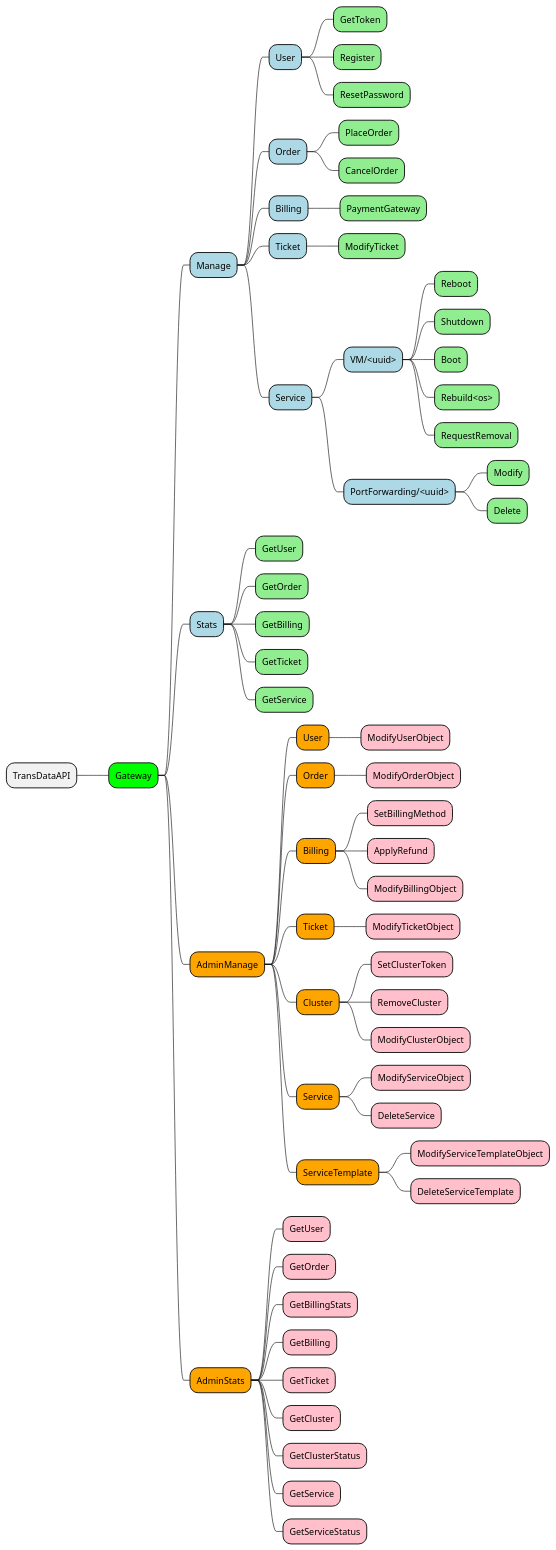
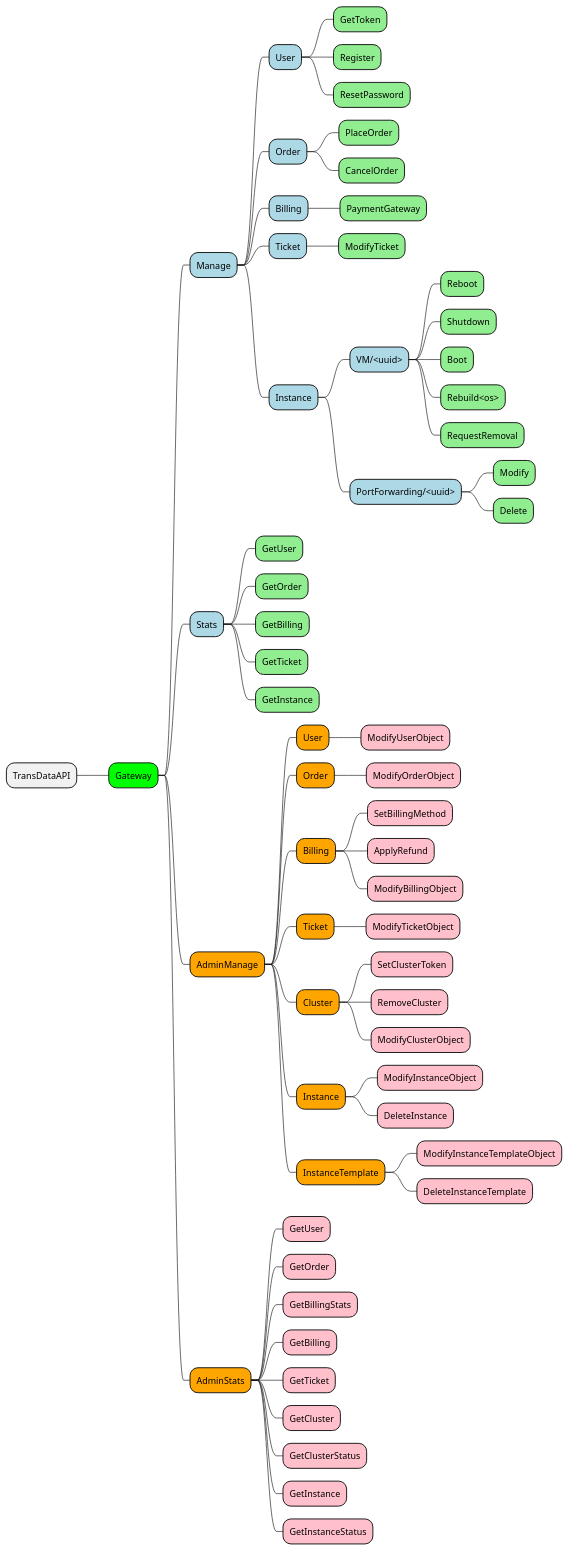
The first of 3 diagrams in documents/README.adoc (CaliNetwork/TransData), drawn with PlantUML before and after one commit. The commit also changed other lines of this file and 12 other files, not shown here.

```diff
--- a/documents/README.adoc
+++ b/documents/README.adoc
@@ -11,67 +11,67 @@
 [plantuml]
 ....
 @startmindmap
 * TransDataAPI
     *[#lime] Gateway
         *[#lightblue] Manage
             *[#lightblue] User
                 *[#lightgreen] GetToken
                 *[#lightgreen] Register
                 *[#lightgreen] ResetPassword
             *[#lightblue] Order
                 *[#lightgreen] PlaceOrder
                 *[#lightgreen] CancelOrder
             *[#lightblue] Billing
                 *[#lightgreen] PaymentGateway
             *[#lightblue] Ticket
                 *[#lightgreen] ModifyTicket
-            *[#lightblue] Service
+            *[#lightblue] Instance
                 *[#lightblue] VM/<uuid>
                     *[#lightgreen] Reboot
                     *[#lightgreen] Shutdown
                     *[#lightgreen] Boot
                     *[#lightgreen] Rebuild<os>
                     *[#lightgreen] RequestRemoval
                 *[#lightblue] PortForwarding/<uuid>
                     *[#lightgreen] Modify
                     *[#lightgreen] Delete
         *[#lightblue] Stats
             *[#lightgreen] GetUser
             *[#lightgreen] GetOrder
             *[#lightgreen] GetBilling
             *[#lightgreen] GetTicket
-            *[#lightgreen] GetService
+            *[#lightgreen] GetInstance
 
         *[#orange] AdminManage
             *[#orange] User
                 *[#pink] ModifyUserObject
             *[#orange] Order
                 *[#pink] ModifyOrderObject
             *[#orange] Billing
                 *[#pink] SetBillingMethod
                 *[#pink] ApplyRefund
                 *[#pink] ModifyBillingObject
             *[#orange] Ticket
                 *[#pink] ModifyTicketObject
             *[#orange] Cluster
                 *[#pink] SetClusterToken
                 *[#pink] RemoveCluster
                 *[#pink] ModifyClusterObject
-            *[#orange] Service
-                *[#pink] ModifyServiceObject
-                *[#pink] DeleteService
-            *[#orange] ServiceTemplate
-                *[#pink] ModifyServiceTemplateObject
-                *[#pink] DeleteServiceTemplate
+            *[#orange] Instance
+                *[#pink] ModifyInstanceObject
+                *[#pink] DeleteInstance
+            *[#orange] InstanceTemplate
+                *[#pink] ModifyInstanceTemplateObject
+                *[#pink] DeleteInstanceTemplate
         *[#orange] AdminStats
             *[#pink] GetUser
             *[#pink] GetOrder
             *[#pink] GetBillingStats
             *[#pink] GetBilling
             *[#pink] GetTicket
             *[#pink] GetCluster
             *[#pink] GetClusterStatus
-            *[#pink] GetService
-            *[#pink] GetServiceStatus
+            *[#pink] GetInstance
+            *[#pink] GetInstanceStatus
 @endmindmap
 ....
```
